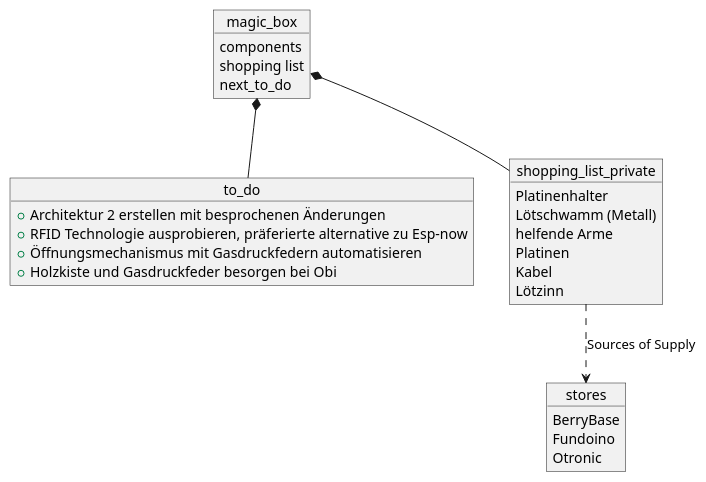
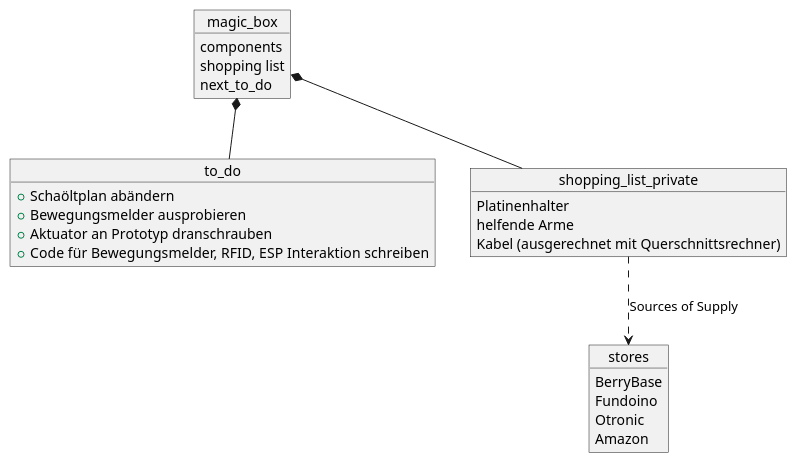
Before and after one commit to jrlk000/magic_box: the diagram in overview_magic_box.puml, drawn with PlantUML. The commit also changed 5 other files, not shown here.

```diff
--- a/overview_magic_box.puml
+++ b/overview_magic_box.puml
@@ -1,36 +1,32 @@
 @startuml
 object magic_box{
 components
 shopping list
 next_to_do
 }
 
 object to_do{
-+Architektur 2 erstellen mit besprochenen Änderungen
-+RFID Technologie ausprobieren, präferierte alternative zu Esp-now
-+Öffnungsmechanismus mit Gasdruckfedern automatisieren
-+Holzkiste und Gasdruckfeder besorgen bei Obi
++Schaöltplan abändern
++Bewegungsmelder ausprobieren
++Aktuator an Prototyp dranschrauben
++Code für Bewegungsmelder, RFID, ESP Interaktion schreiben
 }
 
 object stores{
 BerryBase
 Fundoino
 Otronic
+Amazon
 }
 
 object shopping_list_private{
 Platinenhalter
-Lötschwamm (Metall)
 helfende Arme
-Platinen
-Kabel
-Lötzinn
+Kabel (ausgerechnet mit Querschnittsrechner)
 }
-
-
 
 magic_box *-- to_do
 magic_box *-- shopping_list_private
 shopping_list_private ..> stores :Sources of Supply
 
 @enduml
```
